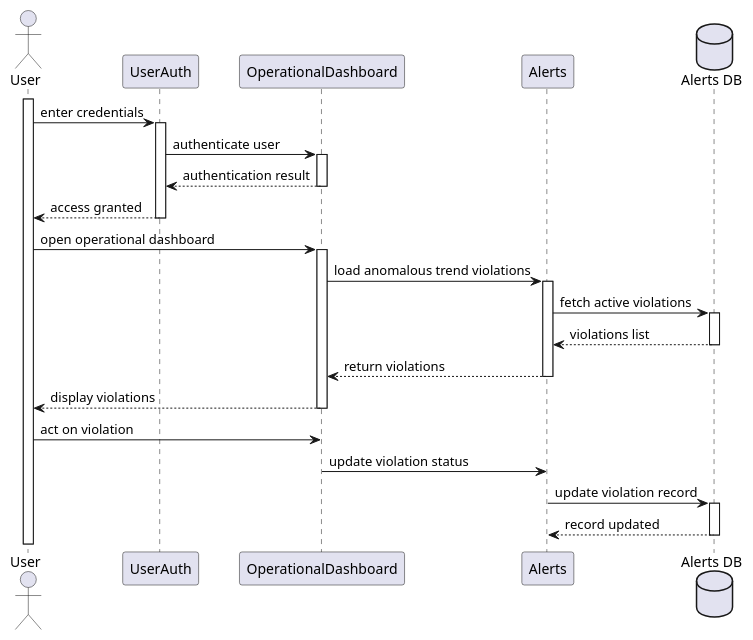
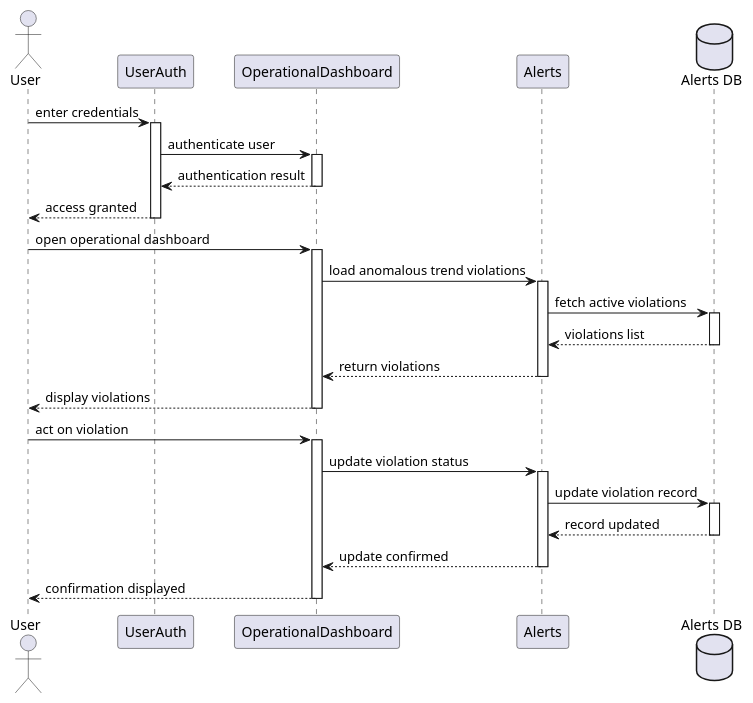
The diagram in docs/diagrams/plantuml/sequence/BE7_sequence.puml (harmanpreet-sagar/sfwreng-3a04-group6-t01-scemas), drawn with PlantUML before and after one commit. The commit also changed other lines of this file and 1 other file, not shown here.

Commit message:
updated sequence diagrams

```diff
--- a/docs/diagrams/plantuml/sequence/BE7_sequence.puml
+++ b/docs/diagrams/plantuml/sequence/BE7_sequence.puml
@@ -1,31 +1,32 @@
 @startuml
 actor User
 
 participant UserAuth
 participant OperationalDashboard
 participant Alerts
 database "Alerts DB" as DB
-
-activate User
 
 User -> UserAuth ++ : enter credentials
 UserAuth -> OperationalDashboard ++ : authenticate user
 OperationalDashboard --> UserAuth -- : authentication result
 UserAuth --> User -- : access granted
 
 User -> OperationalDashboard ++ : open operational dashboard
 OperationalDashboard -> Alerts ++ : load anomalous trend violations
 
 Alerts -> DB ++ : fetch active violations
 DB --> Alerts -- : violations list
 
 Alerts --> OperationalDashboard -- : return violations
 OperationalDashboard --> User -- : display violations
 
-
-User -> OperationalDashboard : act on violation
-OperationalDashboard -> Alerts : update violation status
+User -> OperationalDashboard ++ : act on violation
+OperationalDashboard -> Alerts ++ : update violation status
 
 Alerts -> DB ++ : update violation record
 DB --> Alerts -- : record updated
+
+Alerts --> OperationalDashboard -- : update confirmed
+OperationalDashboard --> User -- : confirmation displayed
+
 @enduml
```
